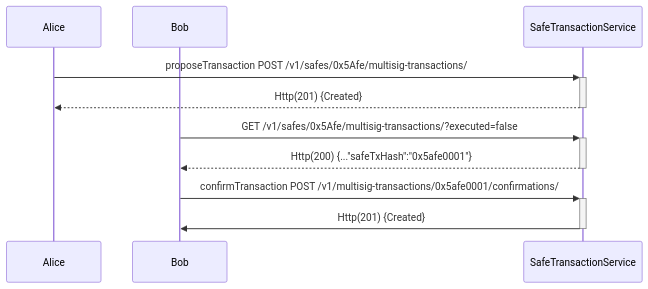
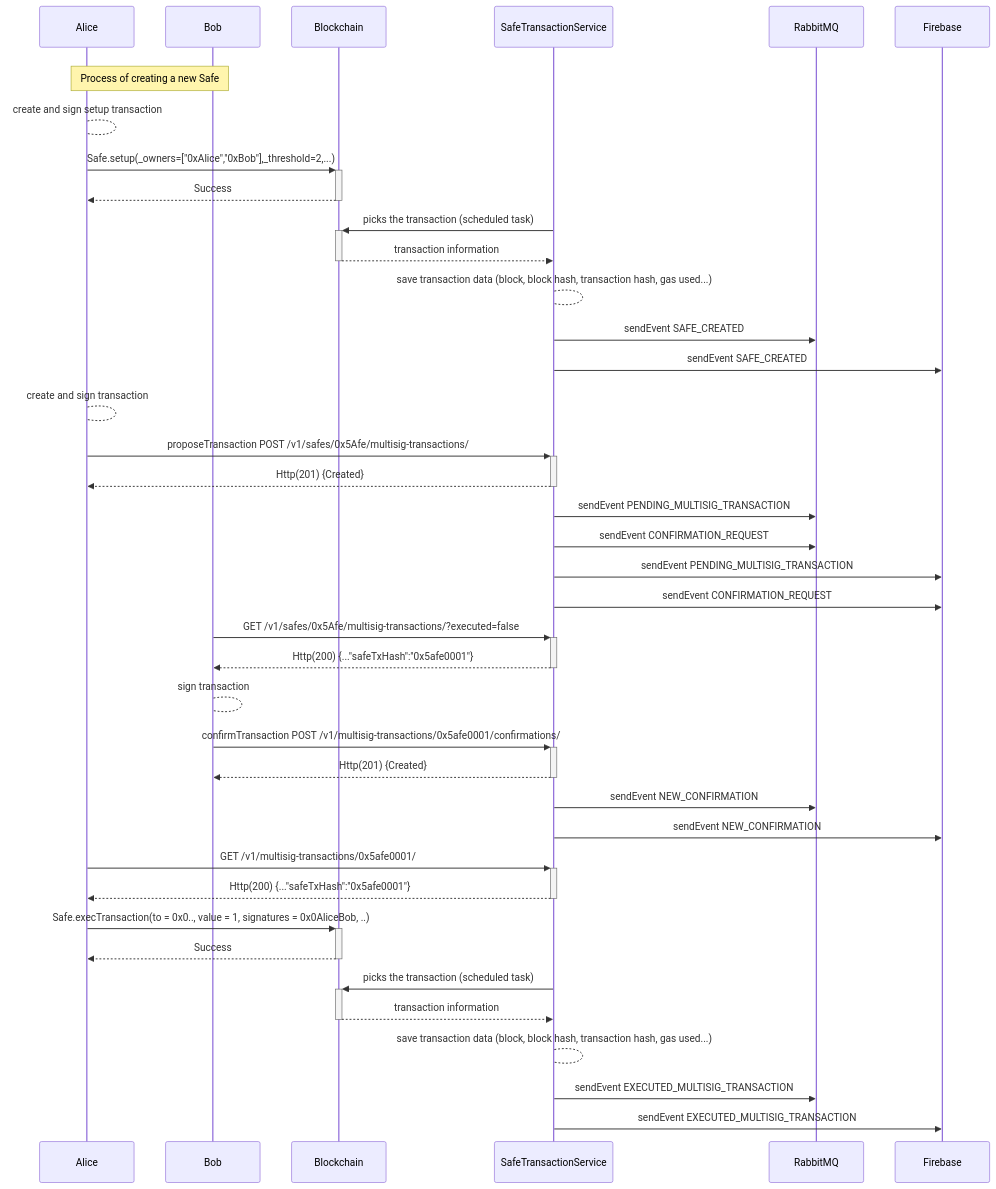
The first of 2 diagrams in pages/api-service-architecture/safe-transaction-service.mdx (safe-global/safe-docs), drawn with Mermaid before and after one commit.

Commit message:
fix: Improve Safe Transaction Service flowchart (#376)
* Update flowchart for safe transaction service

* Rename BlockChain

---------

````diff
--- a/pages/api-service-architecture/safe-transaction-service.mdx
+++ b/pages/api-service-architecture/safe-transaction-service.mdx
@@ -74,11 +74,40 @@
 ``` mermaid
 sequenceDiagram
     participant A as Alice
     participant B as Bob
+    participant Blockchain
+    rect rgba(255,255,255,.1)
+    Note over A,B: Process of creating a new Safe 
+    A-->A: create and sign setup transaction
+    A->>+Blockchain: Safe.setup(_owners=["0xAlice","0xBob"],_threshold=2,...)
+    Blockchain-->>-A: Success
+    SafeTransactionService->>+Blockchain: picks the transaction (scheduled task)
+    Blockchain-->>-SafeTransactionService: transaction information
+    SafeTransactionService-->SafeTransactionService: save transaction data (block, block hash, transaction hash, gas used...)
+    SafeTransactionService->>RabbitMQ: sendEvent SAFE_CREATED
+    SafeTransactionService->>Firebase: sendEvent SAFE_CREATED
+    end
+    A-->A: create and sign transaction
     A->>+SafeTransactionService: proposeTransaction POST /v1/safes/0x5Afe/multisig-transactions/
     SafeTransactionService-->>-A: Http(201) {Created}
+    SafeTransactionService->>RabbitMQ: sendEvent PENDING_MULTISIG_TRANSACTION
+    SafeTransactionService->>RabbitMQ: sendEvent CONFIRMATION_REQUEST
+    SafeTransactionService->>Firebase: sendEvent PENDING_MULTISIG_TRANSACTION
+    SafeTransactionService->>Firebase: sendEvent CONFIRMATION_REQUEST
     B->>+SafeTransactionService: GET /v1/safes/0x5Afe/multisig-transactions/?executed=false
     SafeTransactionService-->>-B: Http(200) {..."safeTxHash":"0x5afe0001"}
+    B-->B: sign transaction
     B->>+SafeTransactionService: confirmTransaction POST /v1/multisig-transactions/0x5afe0001/confirmations/
-    SafeTransactionService->>-B: Http(201) {Created}
+    SafeTransactionService-->>-B: Http(201) {Created}
+    SafeTransactionService->>RabbitMQ: sendEvent NEW_CONFIRMATION
+    SafeTransactionService->>Firebase: sendEvent NEW_CONFIRMATION
+    A->>+SafeTransactionService: GET /v1/multisig-transactions/0x5afe0001/
+    SafeTransactionService-->>-A: Http(200) {..."safeTxHash":"0x5afe0001"}
+    A->>+Blockchain: Safe.execTransaction(to = 0x0.., value = 1, signatures = 0x0AliceBob, ..)
+    Blockchain-->>-A: Success
+    SafeTransactionService->>+Blockchain: picks the transaction (scheduled task)
+    Blockchain-->>-SafeTransactionService: transaction information
+    SafeTransactionService-->SafeTransactionService: save transaction data (block, block hash, transaction hash, gas used...)
+    SafeTransactionService->>RabbitMQ: sendEvent EXECUTED_MULTISIG_TRANSACTION
+    SafeTransactionService->>Firebase: sendEvent EXECUTED_MULTISIG_TRANSACTION
 ```
````
